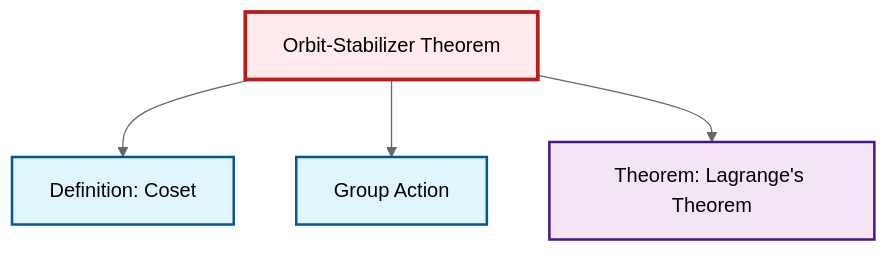
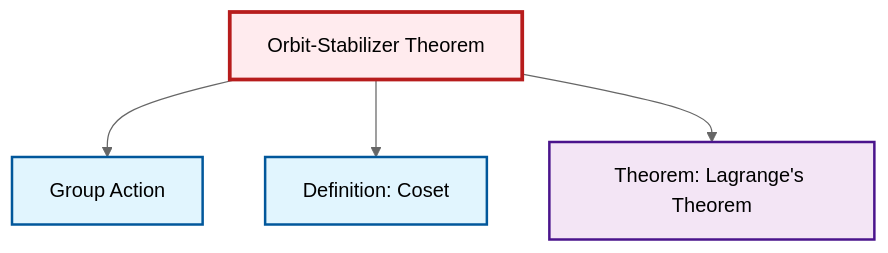
Before and after one commit to RK0429/ModernMath: the diagram in content/ja/algebra/thm-orbit-stabilizer.qmd, drawn with Mermaid (neutral theme). The commit also changed other lines of this file and 360 other files, not shown here.

````diff
--- a/content/ja/algebra/thm-orbit-stabilizer.qmd
+++ b/content/ja/algebra/thm-orbit-stabilizer.qmd
@@ -61,20 +61,20 @@
 ```{mermaid}
 %%| fig-cap: "Local dependency graph"
 graph TD
     classDef definition fill:#e1f5fe,stroke:#01579b,stroke-width:2px
     classDef theorem fill:#f3e5f5,stroke:#4a148c,stroke-width:2px
     classDef axiom fill:#fff3e0,stroke:#e65100,stroke-width:2px
     classDef example fill:#e8f5e9,stroke:#1b5e20,stroke-width:2px
     classDef current fill:#ffebee,stroke:#b71c1c,stroke-width:3px
     def-group-action["Group Action"]:::definition
+    thm-lagrange["Theorem: Lagrange's Theorem"]:::theorem
     def-coset["Definition: Coset"]:::definition
-    thm-lagrange["Theorem: Lagrange's Theorem"]:::theorem
     thm-orbit-stabilizer["Orbit-Stabilizer Theorem"]:::theorem
+    thm-orbit-stabilizer --> def-group-action
     thm-orbit-stabilizer --> def-coset
-    thm-orbit-stabilizer --> def-group-action
     thm-orbit-stabilizer --> thm-lagrange
     class thm-orbit-stabilizer current
     click def-group-action "def-group-action.html" "Group Actionへ"
+    click thm-lagrange "thm-lagrange.html" "Theorem: Lagrange's Theoremへ"
     click def-coset "def-coset.html" "Definition: Cosetへ"
-    click thm-lagrange "thm-lagrange.html" "Theorem: Lagrange's Theoremへ"
 ```
````
